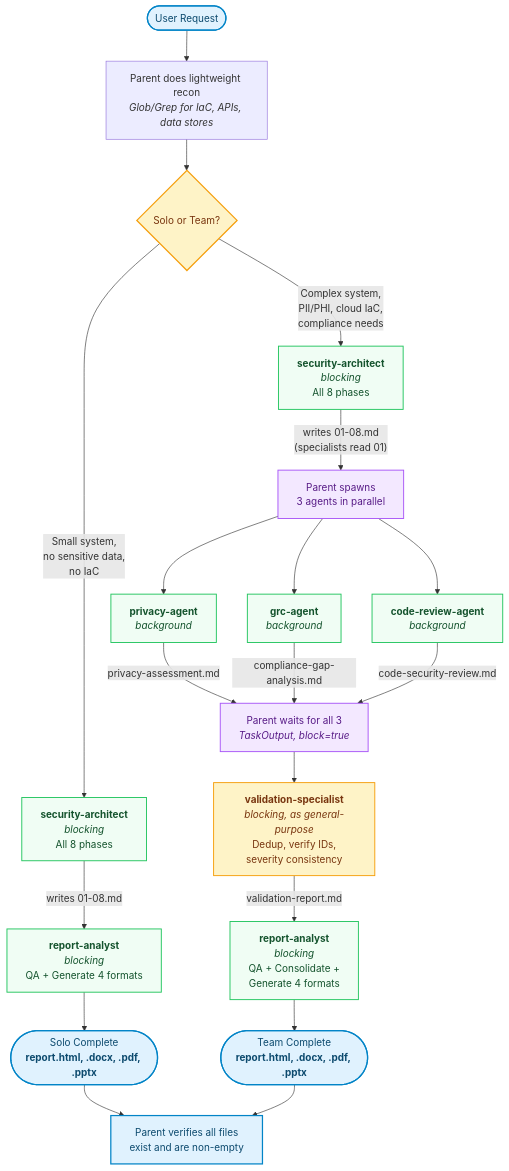
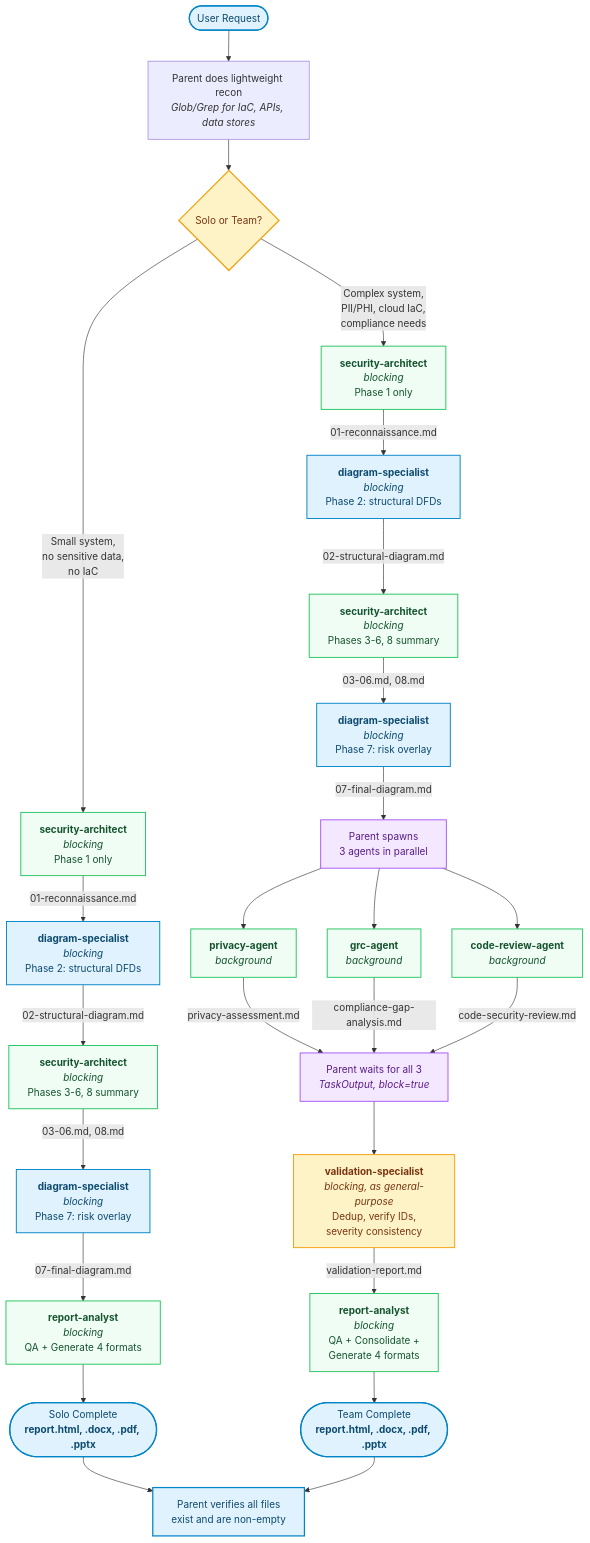
Before and after one commit to trwilcoxson/claude-agents: the diagram in docs/diagrams/pipeline-flow.mmd, drawn with Mermaid. The commit also changed 11 other files, not shown here.

First line of the commit message:
Extract diagram-specialist to reduce security-architect context rot

```diff
--- a/docs/diagrams/pipeline-flow.mmd
+++ b/docs/diagrams/pipeline-flow.mmd
@@ -1,46 +1,55 @@
 %%{init: {"theme": "base", "themeVariables": {"primaryColor": "#f5f5f5", "primaryTextColor": "#1a1a2e", "primaryBorderColor": "#555", "lineColor": "#4a4a6a", "secondaryColor": "#e8eaf6", "fontSize": "15px", "fontFamily": "'Segoe UI', 'Helvetica Neue', Arial, sans-serif", "edgeLabelBackground": "#ffffffee", "clusterBkg": "#f8f9fa", "clusterBorder": "#dee2e6"}, "flowchart": {"useMaxWidth": false, "htmlLabels": true, "curve": "basis", "padding": 24, "nodeSpacing": 50, "rankSpacing": 60}}}%%
 
 flowchart TD
     Start(["User Request"]) --> Recon["Parent does lightweight recon<br/><i>Glob/Grep for IaC, APIs, data stores</i>"]
     Recon --> Mode{"Solo or Team?"}
 
     %% Solo Path
-    Mode -->|"Small system,<br/>no sensitive data,<br/>no IaC"| Solo_SA["<b>security-architect</b><br/><i>blocking</i><br/>All 8 phases"]
-    Solo_SA -->|"writes 01-08.md"| Solo_RA["<b>report-analyst</b><br/><i>blocking</i><br/>QA + Generate 4 formats"]
+    Mode -->|"Small system,<br/>no sensitive data,<br/>no IaC"| Solo_SA1["<b>security-architect</b><br/><i>blocking</i><br/>Phase 1 only"]
+    Solo_SA1 -->|"01-reconnaissance.md"| Solo_DS1["<b>diagram-specialist</b><br/><i>blocking</i><br/>Phase 2: structural DFDs"]
+    Solo_DS1 -->|"02-structural-diagram.md"| Solo_SA2["<b>security-architect</b><br/><i>blocking</i><br/>Phases 3-6, 8 summary"]
+    Solo_SA2 -->|"03-06.md, 08.md"| Solo_DS2["<b>diagram-specialist</b><br/><i>blocking</i><br/>Phase 7: risk overlay"]
+    Solo_DS2 -->|"07-final-diagram.md"| Solo_RA["<b>report-analyst</b><br/><i>blocking</i><br/>QA + Generate 4 formats"]
     Solo_RA --> Solo_Done(["Solo Complete<br/><b>report.html, .docx, .pdf, .pptx</b>"])
 
     %% Team Path
-    Mode -->|"Complex system,<br/>PII/PHI, cloud IaC,<br/>compliance needs"| Team_SA["<b>security-architect</b><br/><i>blocking</i><br/>All 8 phases"]
+    Mode -->|"Complex system,<br/>PII/PHI, cloud IaC,<br/>compliance needs"| Team_SA1["<b>security-architect</b><br/><i>blocking</i><br/>Phase 1 only"]
 
-    Team_SA -->|"writes 01-08.md<br/>(specialists read 01)"| Fork["Parent spawns<br/>3 agents in parallel"]
+    Team_SA1 -->|"01-reconnaissance.md"| Team_DS1["<b>diagram-specialist</b><br/><i>blocking</i><br/>Phase 2: structural DFDs"]
+    Team_DS1 -->|"02-structural-diagram.md"| Team_SA2["<b>security-architect</b><br/><i>blocking</i><br/>Phases 3-6, 8 summary"]
+    Team_SA2 -->|"03-06.md, 08.md"| Team_DS2["<b>diagram-specialist</b><br/><i>blocking</i><br/>Phase 7: risk overlay"]
+
+    Team_DS2 -->|"07-final-diagram.md"| Fork["Parent spawns<br/>3 agents in parallel"]
 
     Fork --> PA["<b>privacy-agent</b><br/><i>background</i>"]
     Fork --> GRC["<b>grc-agent</b><br/><i>background</i>"]
     Fork --> CR["<b>code-review-agent</b><br/><i>background</i>"]
 
     PA -->|"privacy-assessment.md"| Join["Parent waits for all 3<br/><i>TaskOutput, block=true</i>"]
     GRC -->|"compliance-gap-analysis.md"| Join
     CR -->|"code-security-review.md"| Join
 
     Join --> VS["<b>validation-specialist</b><br/><i>blocking, as general-purpose</i><br/>Dedup, verify IDs,<br/>severity consistency"]
 
     VS -->|"validation-report.md"| Team_RA["<b>report-analyst</b><br/><i>blocking</i><br/>QA + Consolidate +<br/>Generate 4 formats"]
 
     Team_RA --> Team_Done(["Team Complete<br/><b>report.html, .docx, .pdf, .pptx</b>"])
 
     %% Verify
     Solo_Done --> Verify["Parent verifies all files<br/>exist and are non-empty"]
     Team_Done --> Verify
 
     classDef start fill:#e0f2fe,stroke:#0284c7,stroke-width:2px,color:#0c4a6e
     classDef decision fill:#fef3c7,stroke:#f59e0b,stroke-width:2px,color:#78350f
     classDef agent fill:#f0fdf4,stroke:#22c55e,stroke-width:1.5px,color:#14532d
+    classDef diagram fill:#e0f2fe,stroke:#0284c7,stroke-width:1.5px,color:#0c4a6e
     classDef post fill:#fef3c7,stroke:#f59e0b,stroke-width:1.5px,color:#78350f
     classDef done fill:#f0fdf4,stroke:#16a34a,stroke-width:2px,color:#14532d
     classDef control fill:#f3e8ff,stroke:#a855f7,stroke-width:1.5px,color:#581c87
 
     class Start,Solo_Done,Team_Done,Verify start
     class Mode decision
-    class Solo_SA,Team_SA,PA,GRC,CR,Solo_RA,Team_RA agent
+    class Solo_SA1,Solo_SA2,Team_SA1,Team_SA2,PA,GRC,CR,Solo_RA,Team_RA agent
+    class Solo_DS1,Solo_DS2,Team_DS1,Team_DS2 diagram
     class Fork,Join control
     class VS post
```
